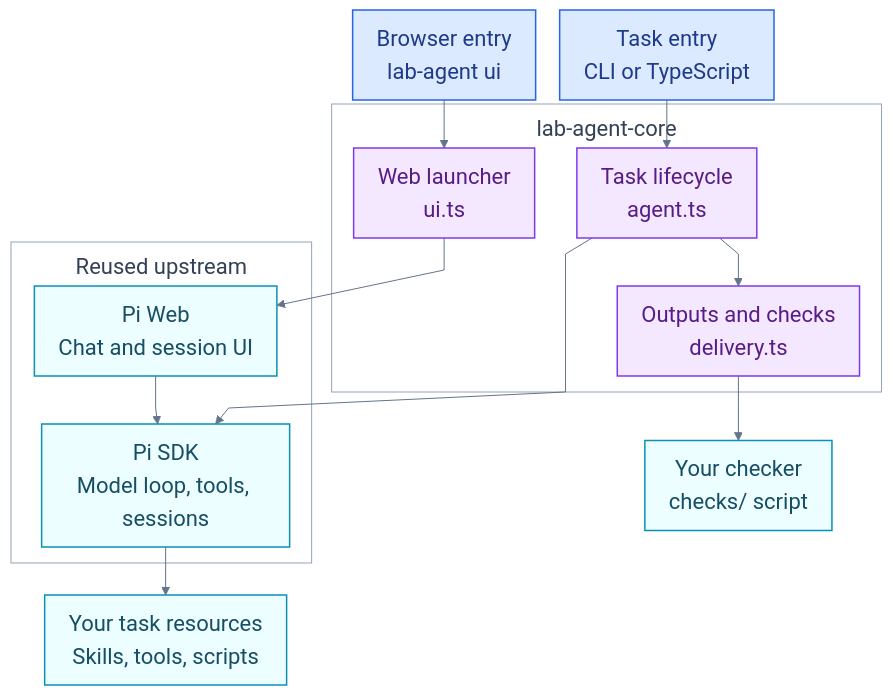
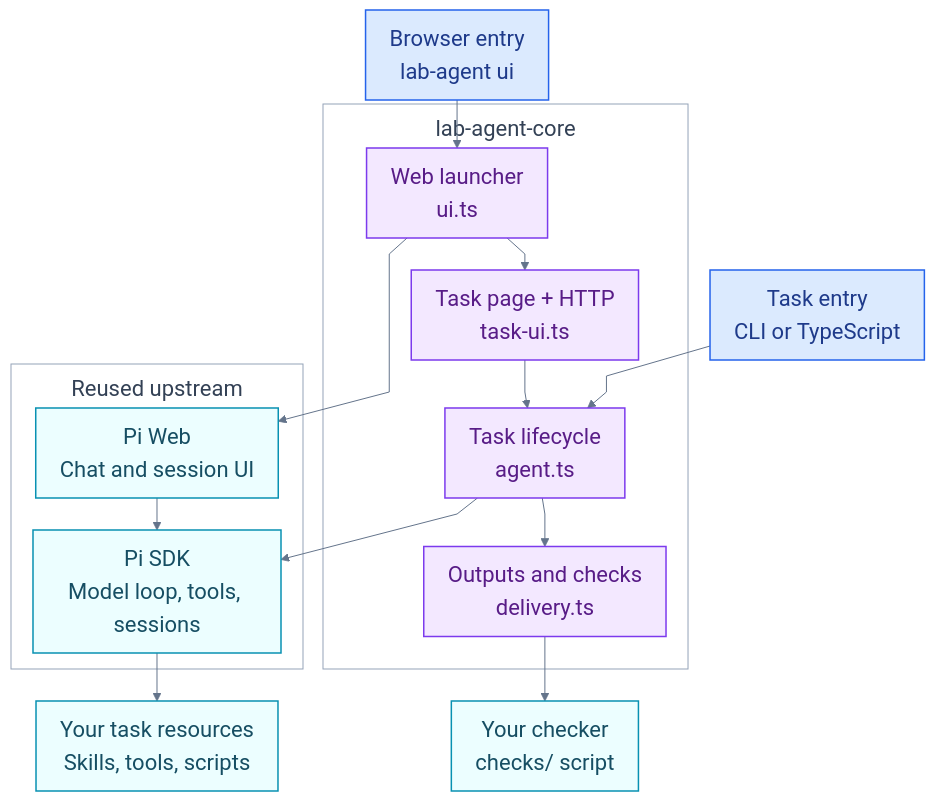
Before and after one commit to EnzymeGroup/lab-agent-core: the diagram in docs/IMPLEMENTATION.md, drawn with Mermaid. The commit also changed other lines of this file and 30 other files, not shown here.

Commit message:
feat: harden task runs and add a shared delivery UI

````diff
--- a/docs/IMPLEMENTATION.md
+++ b/docs/IMPLEMENTATION.md
@@ -31,36 +31,39 @@
 ```mermaid
 %%{init: {"theme": "base", "flowchart": {"curve": "linear", "rankSpacing": 32, "nodeSpacing": 24, "padding": 12, "subGraphTitleMargin": {"top": 8, "bottom": 20}, "useMaxWidth": false, "htmlLabels": true}, "themeVariables": {"fontSize": "22px", "background": "#F8FAFC", "primaryTextColor": "#1E293B", "lineColor": "#64748B", "clusterBkg": "#FFFFFF", "clusterBorder": "#94A3B8", "titleColor": "#334155", "edgeLabelBackground": "#F8FAFC"}, "themeCSS": ".nodeLabel,.label,.cluster-label,span{font-size:22px!important}"}}%%
 flowchart TB
     TASK["Task entry<br/>CLI or TypeScript"]
     BROWSER["Browser entry<br/>lab-agent ui"]
 
     subgraph LAB["lab-agent-core"]
         RUN["Task lifecycle<br/>agent.ts"]
         DELIVERY["Outputs and checks<br/>delivery.ts"]
         UI["Web launcher<br/>ui.ts"]
+        TASKWEB["Task page + HTTP<br/>task-ui.ts"]
         RUN --> DELIVERY
     end
 
     subgraph UPSTREAM["Reused upstream"]
         WEB["Pi Web<br/>Chat and session UI"]
         PI["Pi SDK<br/>Model loop, tools, sessions"]
         WEB --> PI
     end
 
     CHECK["Your checker<br/>checks/ script"]
     RESOURCES["Your task resources<br/>Skills, tools, scripts"]
 
     TASK --> RUN
     BROWSER --> UI
     UI --> WEB
+    UI --> TASKWEB
+    TASKWEB --> RUN
     RUN --> PI
     DELIVERY --> CHECK
     PI --> RESOURCES
 
     classDef start fill:#DBEAFE,stroke:#2563EB,color:#1E3A8A,stroke-width:1.5px,font-size:22px
     classDef prod fill:#F3E8FF,stroke:#7C3AED,color:#581C87,stroke-width:1.5px,font-size:22px
     classDef step fill:#ECFEFF,stroke:#0891B2,color:#164E63,stroke-width:1.5px,font-size:22px
     class TASK,BROWSER start
-    class RUN,DELIVERY,UI prod
+    class RUN,DELIVERY,UI,TASKWEB prod
     class WEB,PI,CHECK,RESOURCES step
 ```
````
